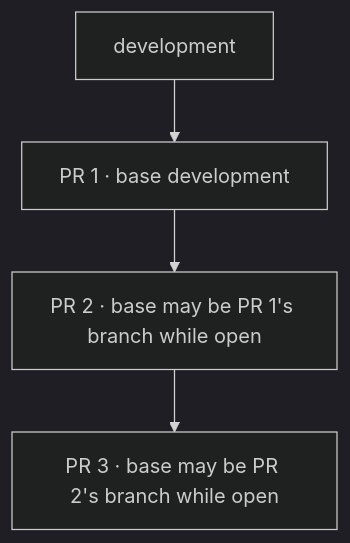
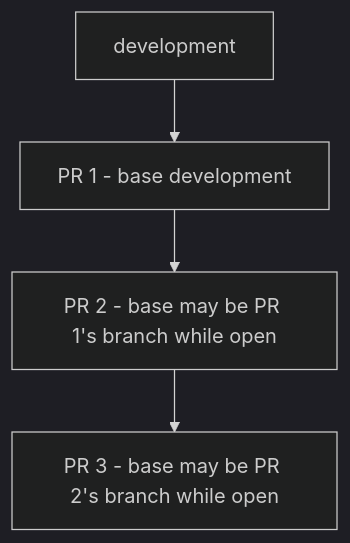
Before and after one commit to toxicoder/ez-comfy-stack: the third of 4 diagrams in docs/learn/merges.md, drawn with Mermaid (dark theme). The commit also changed other lines of this file and 1894 other files, not shown here.

````diff
--- a/docs/learn/merges.md
+++ b/docs/learn/merges.md
@@ -71,6 +71,6 @@
 ```mermaid
 flowchart TB
-  Dev["development"] --> P1["PR 1 · base development"]
-  P1 --> P2["PR 2 · base may be PR 1's branch while open"]
-  P2 --> P3["PR 3 · base may be PR 2's branch while open"]
+  Dev["development"] --> P1["PR 1 - base development"]
+  P1 --> P2["PR 2 - base may be PR 1's branch while open"]
+  P2 --> P3["PR 3 - base may be PR 2's branch while open"]
 ```
````
